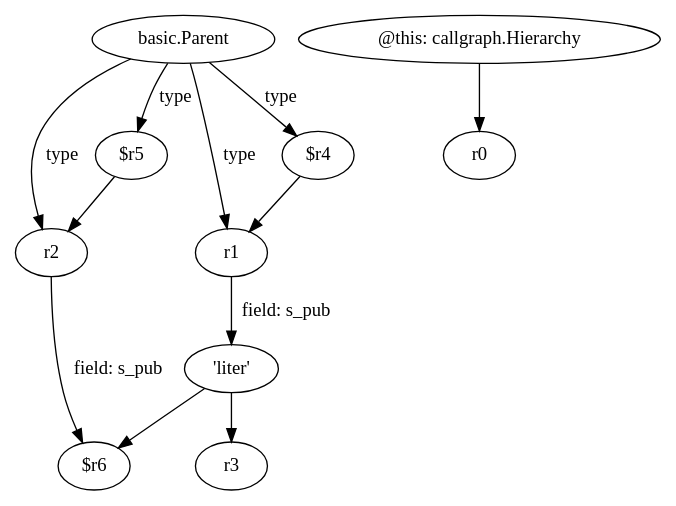
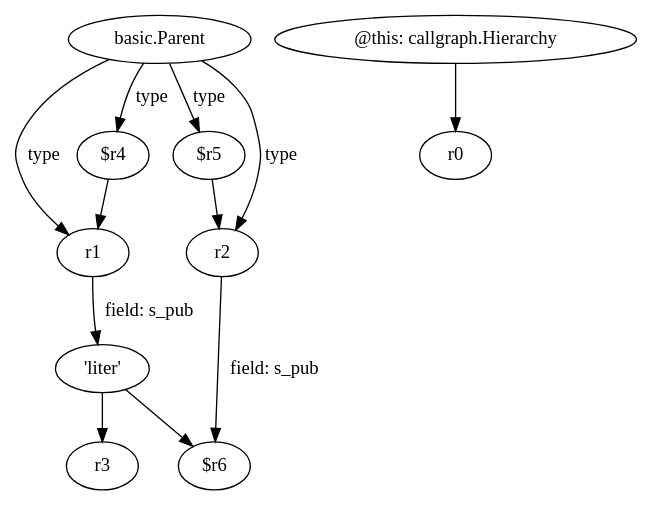
Before and after one commit to SeanCoek/zString: the diagram in relation2/<callgraph.Hierarchy: void load()>.dot, drawn with Graphviz. The commit also changed 4443 other files, not shown here.

```diff
--- a/relation2/<callgraph.Hierarchy: void load()>.dot
+++ b/relation2/<callgraph.Hierarchy: void load()>.dot
@@ -1,23 +1,23 @@
 digraph g {
 0[label="basic.Parent"]
-1[label="r2"]
+1[label="r1"]
 0->1[label="type"]
-2[label="$r5"]
-2->1[label=""]
-3[label="r1"]
-4[label="'liter'"]
-3->4[label="field: s_pub"]
-5[label="$r4"]
-0->5[label="type"]
-5->3[label=""]
-0->2[label="type"]
-6[label="@this: callgraph.Hierarchy"]
-7[label="r0"]
+2[label="'liter'"]
+3[label="$r6"]
+2->3[label=""]
+4[label="@this: callgraph.Hierarchy"]
+5[label="r0"]
+4->5[label=""]
+6[label="$r5"]
+7[label="r2"]
 6->7[label=""]
-8[label="$r6"]
-4->8[label=""]
-1->8[label="field: s_pub"]
+1->2[label="field: s_pub"]
+7->3[label="field: s_pub"]
+0->7[label="type"]
+8[label="$r4"]
+0->8[label="type"]
+0->6[label="type"]
+8->1[label=""]
 9[label="r3"]
-4->9[label=""]
-0->3[label="type"]
+2->9[label=""]
 }
```
